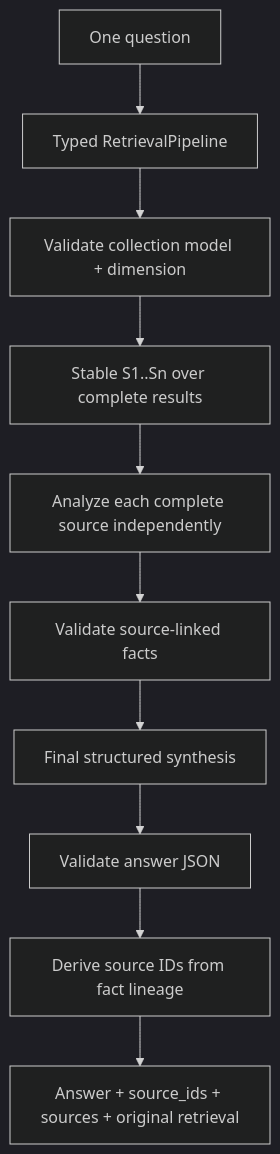
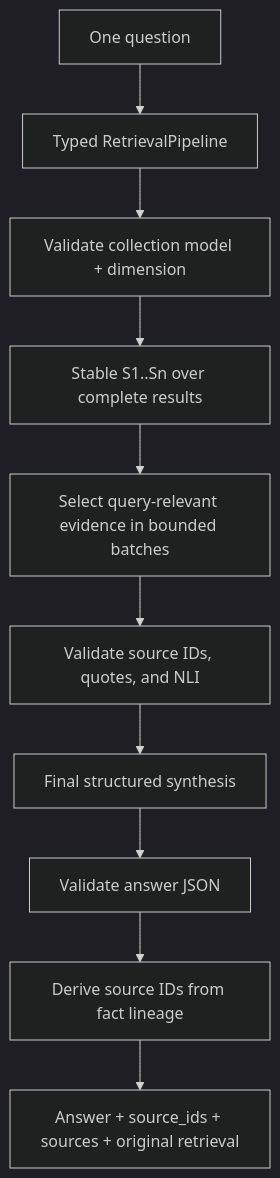
One commit to FranRguezCer/RAGLab changed the fifth of 5 diagrams in README.md. Above: the diagram before and after it, drawn with Mermaid (dark theme). The commit also changed other lines of this file and 15 other files, not shown here.

````diff
--- a/README.md
+++ b/README.md
@@ -545,12 +555,12 @@
 ```mermaid
 flowchart TD
     QUERY["One question"] --> RETRIEVE["Typed RetrievalPipeline"]
     RETRIEVE --> CHECK["Validate collection model + dimension"]
     CHECK --> SOURCES["Stable S1..Sn over complete results"]
-    SOURCES --> ANALYZE["Analyze each complete source independently"]
-    ANALYZE --> FACTS["Validate source-linked facts"]
+    SOURCES --> SELECT["Select query-relevant evidence in bounded batches"]
+    SELECT --> FACTS["Validate source IDs, quotes, and NLI"]
     FACTS --> SYNTH["Final structured synthesis"]
     SYNTH --> GUARD["Validate answer JSON"]
     GUARD --> DERIVE["Derive source IDs from fact lineage"]
     DERIVE --> JSON["Answer + source_ids + sources + original retrieval"]
 ```
````
